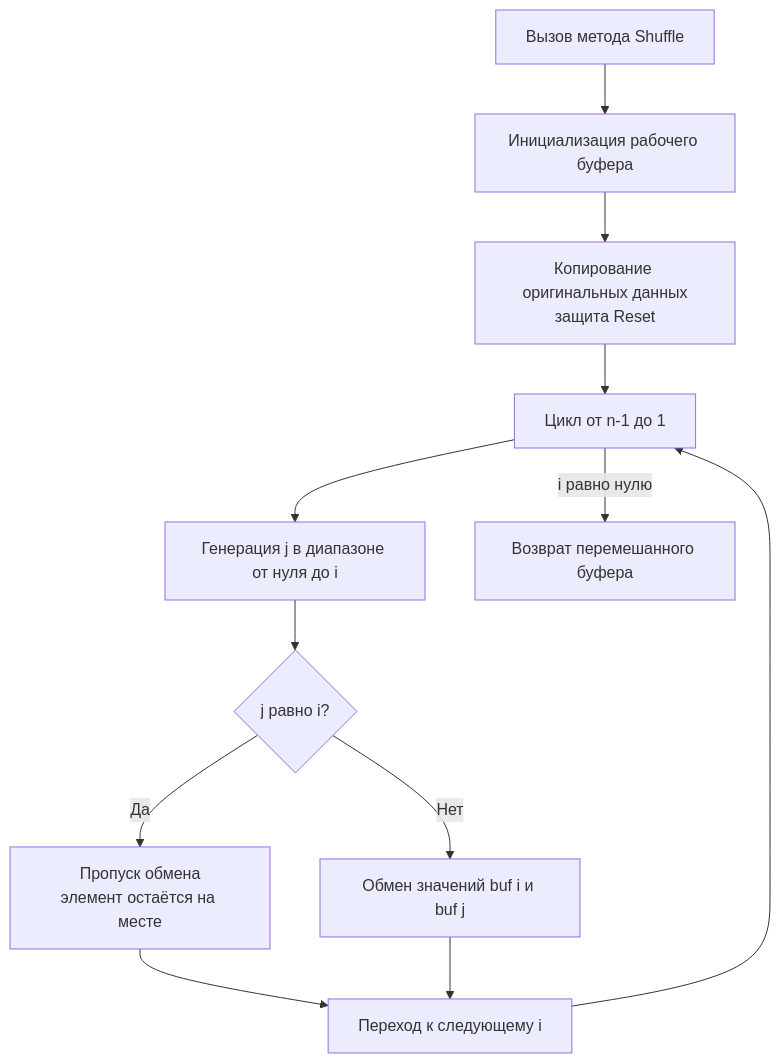
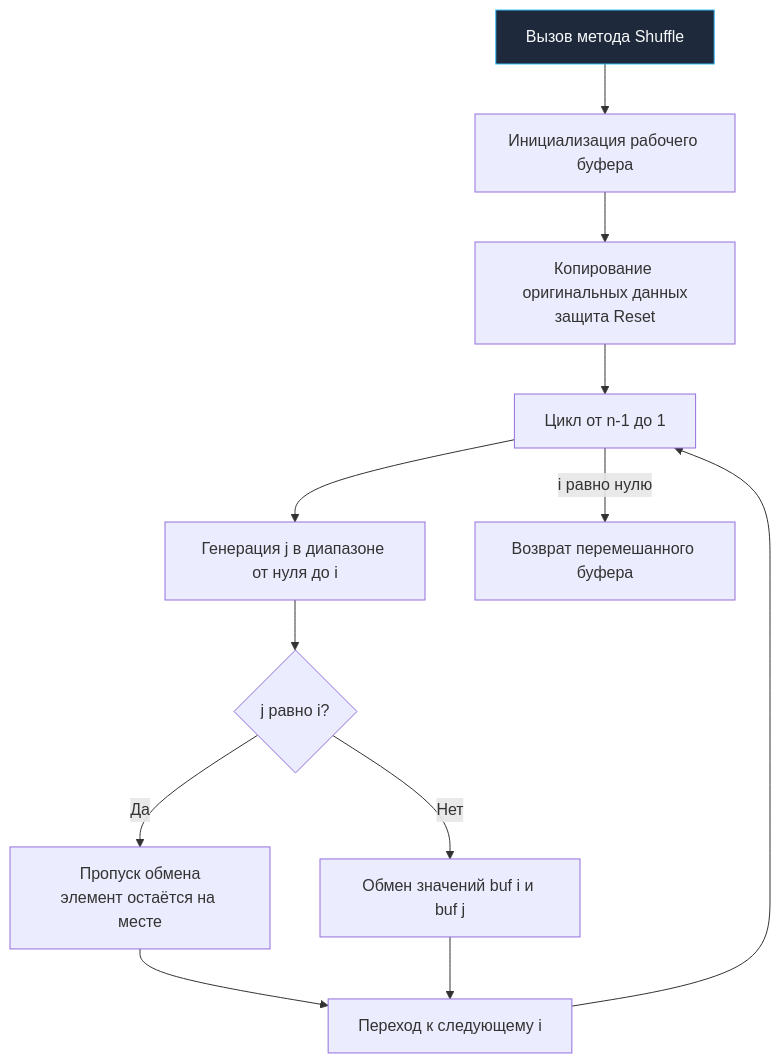
One commit to UnrealTemplier/go-textbook changed the first of 2 diagrams in sources/21. Задачи с LeetCode и собеседований на Go/02. Задачи/27. Рандомизированные алгоритмы/4. Shuffle an Array.md. Above: the diagram before and after it, drawn with Mermaid. The commit also changed other lines of this file and 1666 other files, not shown here.

First line of the commit message:
feat(mermaid): add semantic color classDef to 1369 colorless flowchart/graph diagrams

````diff
--- a/sources/21. Задачи с LeetCode и собеседований на Go/02. Задачи/27. Рандомизированные алгоритмы/4. Shuffle an Array.md
+++ b/sources/21. Задачи с LeetCode и собеседований на Go/02. Задачи/27. Рандомизированные алгоритмы/4. Shuffle an Array.md
@@ -5,14 +5,24 @@
 ```mermaid
 flowchart TD
-  A["Вызов метода Shuffle"] --> B["Инициализация рабочего буфера"]
+    classDef process  fill:#1e293b,stroke:#38bdf8,stroke-width:1px,color:#f8fafc
+    classDef success  fill:#064e3b,stroke:#34d399,stroke-width:1px,color:#f8fafc
+    classDef error    fill:#7f1d1d,stroke:#f87171,stroke-width:1px,color:#f8fafc
+    classDef warning  fill:#78350f,stroke:#fbbf24,stroke-width:1px,color:#f8fafc
+    classDef entry    fill:#1e3a5f,stroke:#38bdf8,stroke-width:2px,color:#f8fafc
+    classDef aux      fill:#334155,stroke:#64748b,stroke-width:1px,color:#f8fafc
+    classDef system   fill:#312e81,stroke:#a78bfa,stroke-width:1px,color:#f8fafc
+    classDef data     fill:#132d29,stroke:#2dd4bf,stroke-width:1px,color:#f8fafc
+    classDef network  fill:#881337,stroke:#fb7185,stroke-width:1px,color:#f8fafc
+    classDef accent   fill:#1e1b4b,stroke:#818cf8,stroke-width:1px,color:#f8fafc
+  A["Вызов метода Shuffle"]:::process --> B["Инициализация рабочего буфера"]
   B --> C["Копирование оригинальных данных<br>защита Reset"]
   C --> D["Цикл от n-1 до 1"]
   D --> E["Генерация j в диапазоне от нуля до i"]
   E --> F{"j равно i?"}
   F -->|Да| G["Пропуск обмена<br>элемент остаётся на месте"]
   F -->|Нет| H["Обмен значений buf i и buf j"]
   G --> I["Переход к следующему i"]
   H --> I
   I --> D
   D -->|i равно нулю| J["Возврат перемешанного буфера"]
 ```
````
